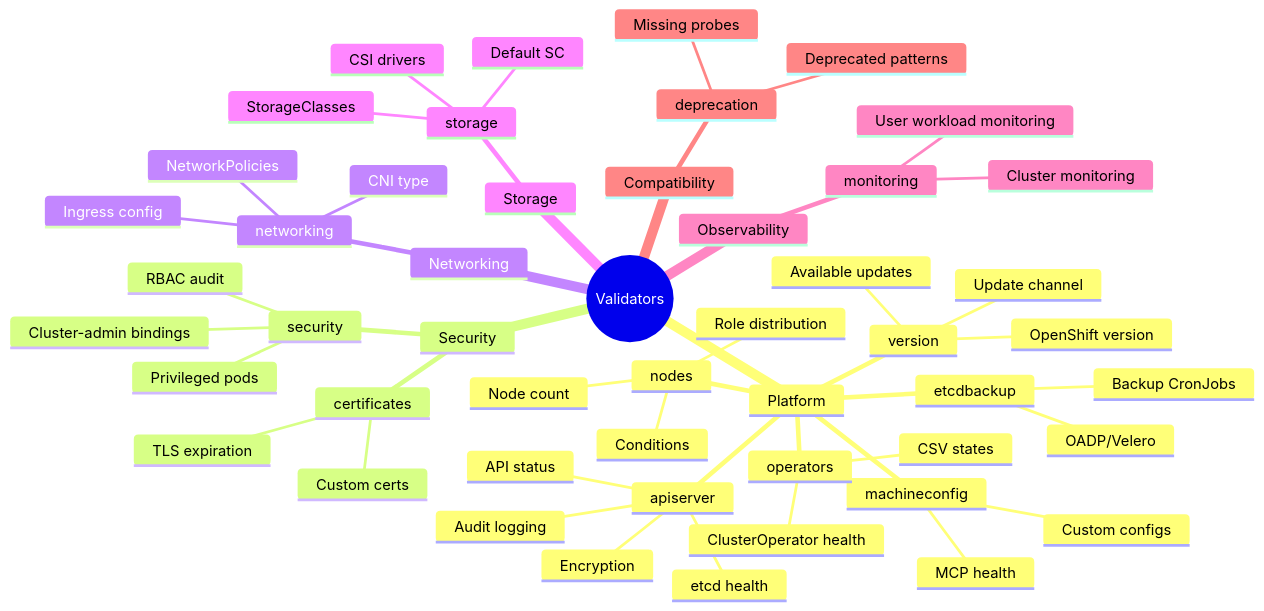
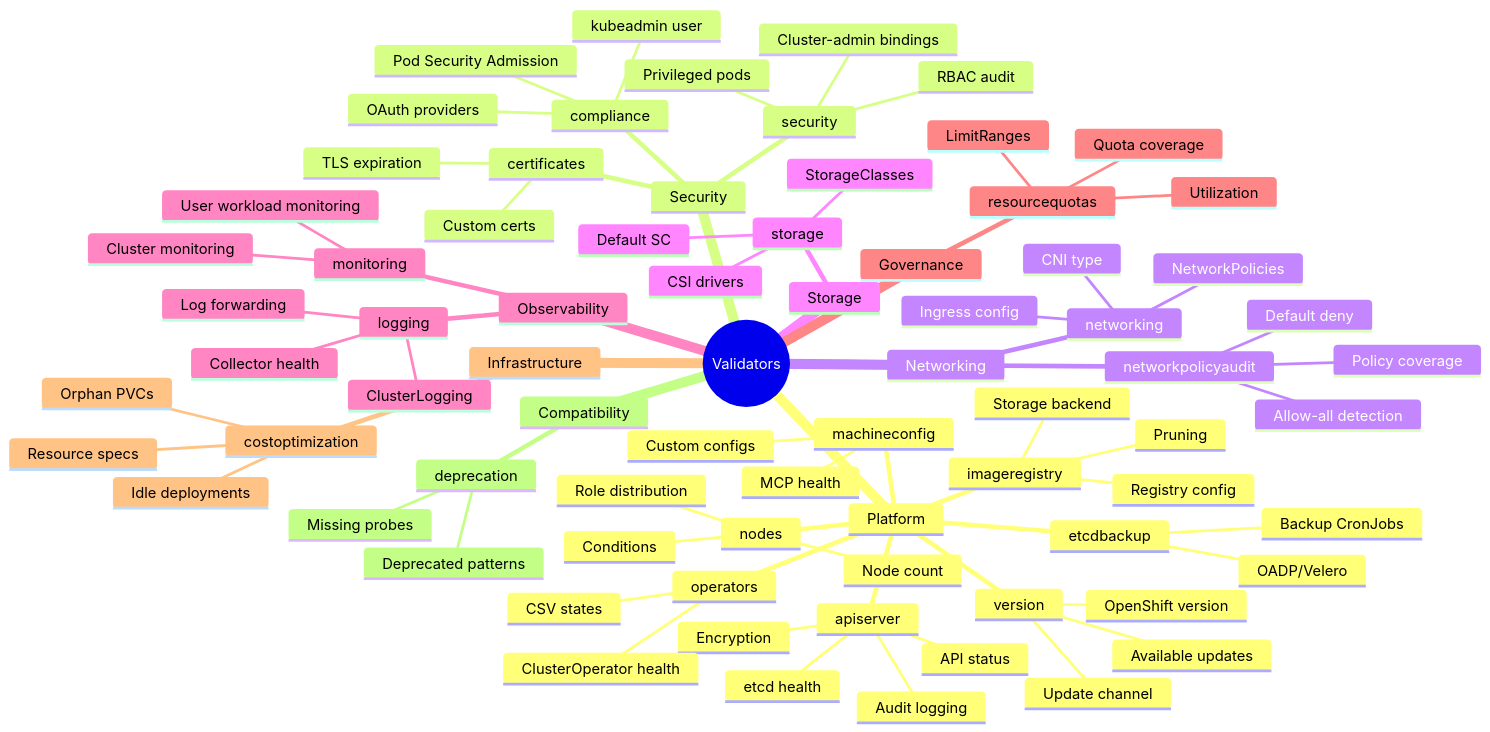
Before and after one commit to DiegoBskt/cluster-assessment-operator: the third of 10 diagrams in docs/architecture.md, drawn with Mermaid. The commit also changed other lines of this file and 20 other files, not shown here.

````diff
--- a/docs/architecture.md
+++ b/docs/architecture.md
@@ -95,53 +101,79 @@
 ```mermaid
 mindmap
   root((Validators))
     Platform
       version
         OpenShift version
         Update channel
         Available updates
       nodes
         Node count
         Conditions
         Role distribution
       machineconfig
         MCP health
         Custom configs
       apiserver
         API status
         etcd health
         Encryption
         Audit logging
       operators
         CSV states
         ClusterOperator health
       etcdbackup
         OADP/Velero
         Backup CronJobs
+      imageregistry
+        Registry config
+        Storage backend
+        Pruning
     Security
       certificates
         TLS expiration
         Custom certs
       security
         Cluster-admin bindings
         Privileged pods
         RBAC audit
+      compliance
+        Pod Security Admission
+        OAuth providers
+        kubeadmin user
     Networking
       networking
         CNI type
         NetworkPolicies
         Ingress config
+      networkpolicyaudit
+        Policy coverage
+        Allow-all detection
+        Default deny
     Storage
       storage
         StorageClasses
         Default SC
         CSI drivers
     Observability
       monitoring
         Cluster monitoring
         User workload monitoring
+      logging
+        ClusterLogging
+        Log forwarding
+        Collector health
+    Governance
+      resourcequotas
+        Quota coverage
+        Utilization
+        LimitRanges
+    Infrastructure
+      costoptimization
+        Orphan PVCs
+        Idle deployments
+        Resource specs
     Compatibility
       deprecation
         Deprecated patterns
         Missing probes
 ```
````
